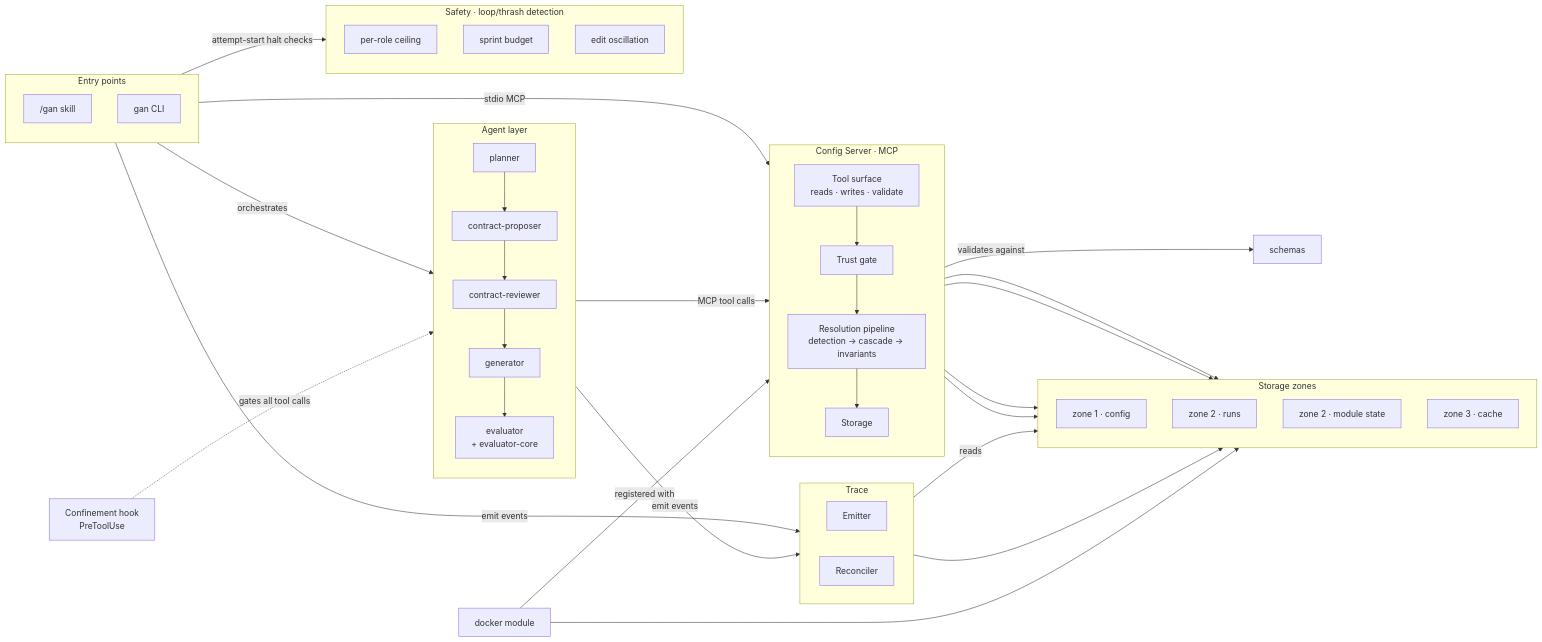
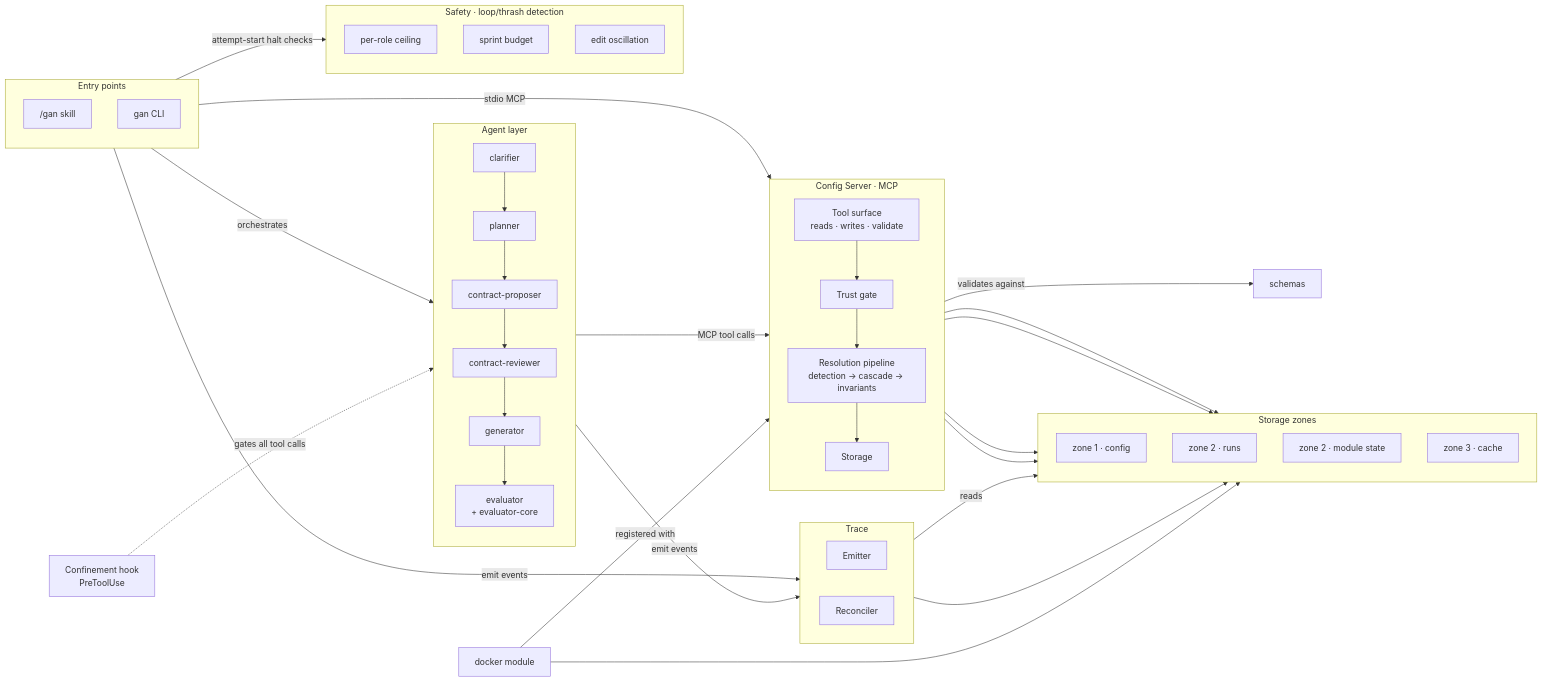
The first of 4 diagrams in documentation/system-overview.md (Thomas-AppForceOne/ClaudeAgents), drawn with Mermaid before and after one commit. The commit also changed other lines of this file and 31 other files, not shown here.

````diff
--- a/documentation/system-overview.md
+++ b/documentation/system-overview.md
@@ -8,62 +8,62 @@
 ```mermaid
 flowchart LR
     subgraph ENTRY["Entry points"]
         direction TB
         SKILL["/gan skill"]
         CLI["gan CLI"]
     end
 
     HOOK["Confinement hook\nPreToolUse"]
 
     subgraph AL["Agent layer"]
         direction TB
-        PL["planner"] --> CP["contract-proposer"] --> CR["contract-reviewer"] --> GN["generator"] --> EV["evaluator\n+ evaluator-core"]
+        CL["clarifier"] --> PL["planner"] --> CP["contract-proposer"] --> CR["contract-reviewer"] --> GN["generator"] --> EV["evaluator\n+ evaluator-core"]
     end
 
     subgraph CS["Config Server · MCP"]
         direction TB
         MT["Tool surface\nreads · writes · validate"]
         TG["Trust gate"]
         RP["Resolution pipeline\ndetection → cascade → invariants"]
         ST["Storage"]
         MT --> TG --> RP --> ST
     end
 
     SCH["schemas"]
     DK["docker module"]
 
     subgraph TR["Trace"]
         direction LR
         EM["Emitter"]
         RC["Reconciler"]
     end
 
     subgraph SF["Safety · loop/thrash detection"]
         direction TB
         S1["per-role ceiling"]
         S2["sprint budget"]
         S3["edit oscillation"]
     end
 
     subgraph ZN["Storage zones"]
         direction TB
         Z1["zone 1 · config"]
         Z2R["zone 2 · runs"]
         Z2M["zone 2 · module state"]
         Z3["zone 3 · cache"]
     end
 
     SKILL      -->|"orchestrates"| AL
     CLI        -->|"stdio MCP"| MT
     HOOK      -.->|"gates all tool calls"| AL
     AL         -->|"MCP tool calls"| MT
     DK         -->|"registered with"| MT
     RP         -->|"validates against"| SCH
     ST         --> Z1 & Z2R & Z2M & Z3
     SKILL      -->|"emit events"| EM
     AL         -->|"emit events"| EM
     EM         --> Z2R
     RC         -->|"reads"| Z2R
     DK         --> Z2M
     SKILL      -->|"attempt-start halt checks"| SF
 ```
````
